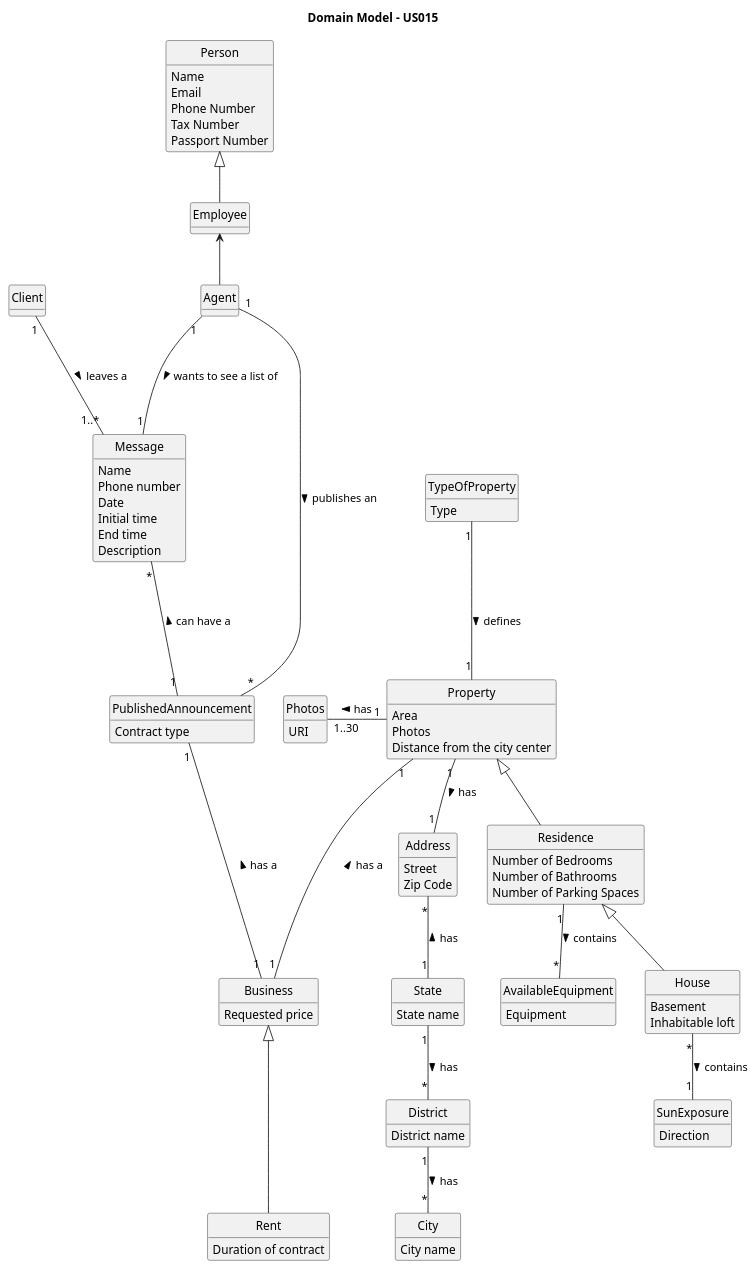
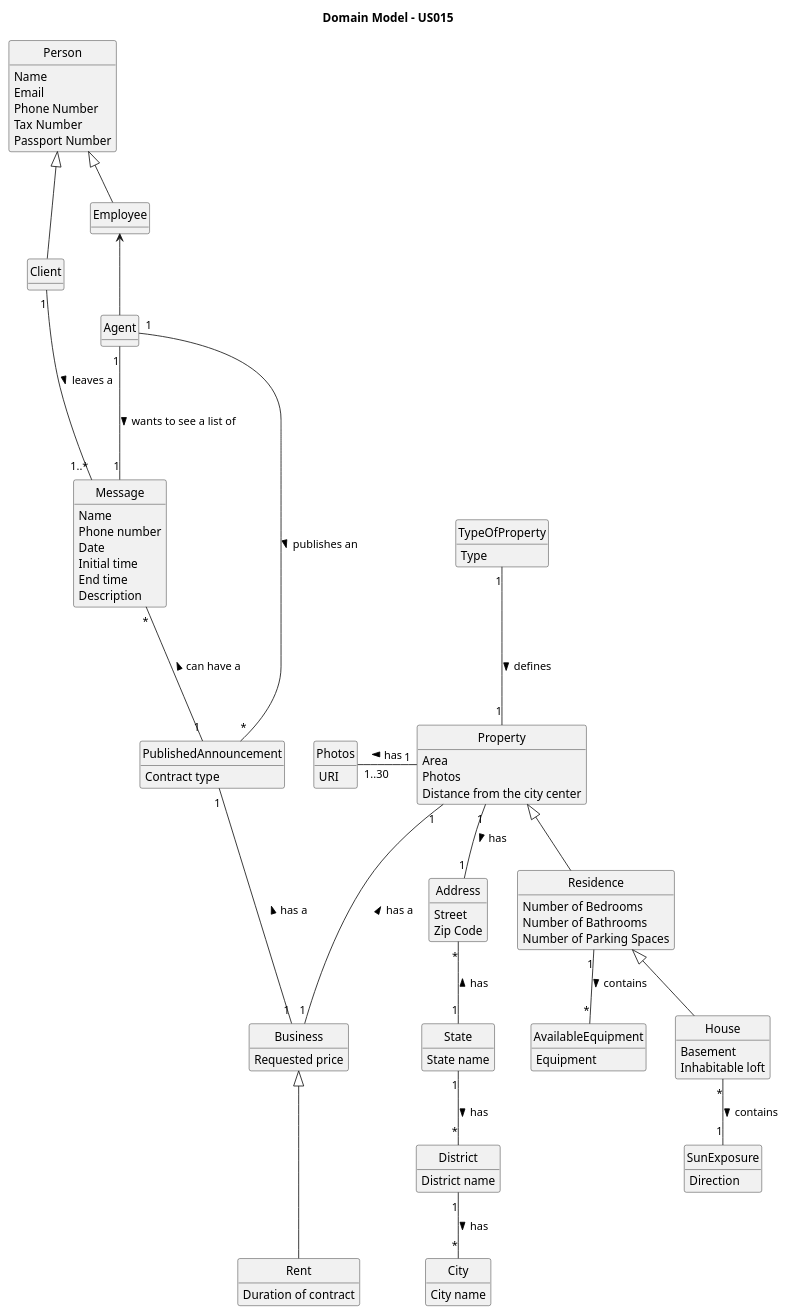
The diagram in docs/sprintD/US015/02.analysis/puml/us015-domain-model.puml (PureNimble/ISEP-LAPR2), drawn with PlantUML before and after one commit. The commit also changed 8 other files, not shown here.

```diff
--- a/docs/sprintD/US015/02.analysis/puml/us015-domain-model.puml
+++ b/docs/sprintD/US015/02.analysis/puml/us015-domain-model.puml
@@ -1,129 +1,132 @@
 @startuml
 skinparam monochrome true
 skinparam packageStyle rectangle
 skinparam shadowing false
 
 'left to right direction
 
 skinparam classAttributeIconSize 0
 
 hide circle
 hide methods
 
 title Domain Model - US015
 
  class Agent{
  }
 
  class Message{
      Name
      Phone number
      Date
      Initial time
      End time
      Description
  }
 
  class Employee{
  }
 
  class Person{
  Name
  Email
  Phone Number
  Tax Number
  Passport Number
  }
 
 
  class Address {
      Street
      Zip Code
  }
 
  class City {
      City name
  }
 
  class District {
      District name
  }
 
  class State {
      State name
  }
 
  State "1" -down- "*" District: has >
  District "1" -down- "*" City: has >
  Address "*" -down- "1" State: has <
 class Client {
 
  }
 
 
  class Residence {
      Number of Bedrooms
      Number of Bathrooms
      Number of Parking Spaces
  }
 
  class Property {
      Area
      Photos
      Distance from the city center
  }
 
  class TypeOfProperty{
      Type
  }
 
  class Photos {
      URI
  }
 
  class House {
      Basement
      Inhabitable loft
  }
 
  class SunExposure {
      Direction
  }
 
  class AvailableEquipment {
      Equipment
  }
 
  Residence <|-down- House
  Property <|-down- Residence
  Property "1" -left-- "1..30" Photos: has >
  SunExposure "1" -up- "*" House: contains <
  Address "1" -up- "1" Property: has <
  AvailableEquipment "*" -up- "1" Residence: contains <
  TypeOfProperty "1" -down-- "1" Property: defines >
 
 
  class Rent {
      Duration of contract
  }
 
  class Business {
      Requested price
  }
 
  class PublishedAnnouncement {
      Contract type
  }
 
 
  Property "1" --- "1" Business: has a <
  PublishedAnnouncement "1" --- "1" Business: has a <
  Business <|--- Rent
  Message "*" --- "1" PublishedAnnouncement: can have a <
-   Client "1" --- "1..*" Message: leaves a >
+   Client "1" --right- "1..*" Message: leaves a >
    Agent "1" --- "*" PublishedAnnouncement: publishes an >
 
 Agent "1" --- "1" Message: wants to see a list of >
 Person <|-- Employee
 Employee <-- Agent
+Person <|-- Client
+
+
 @enduml
```
